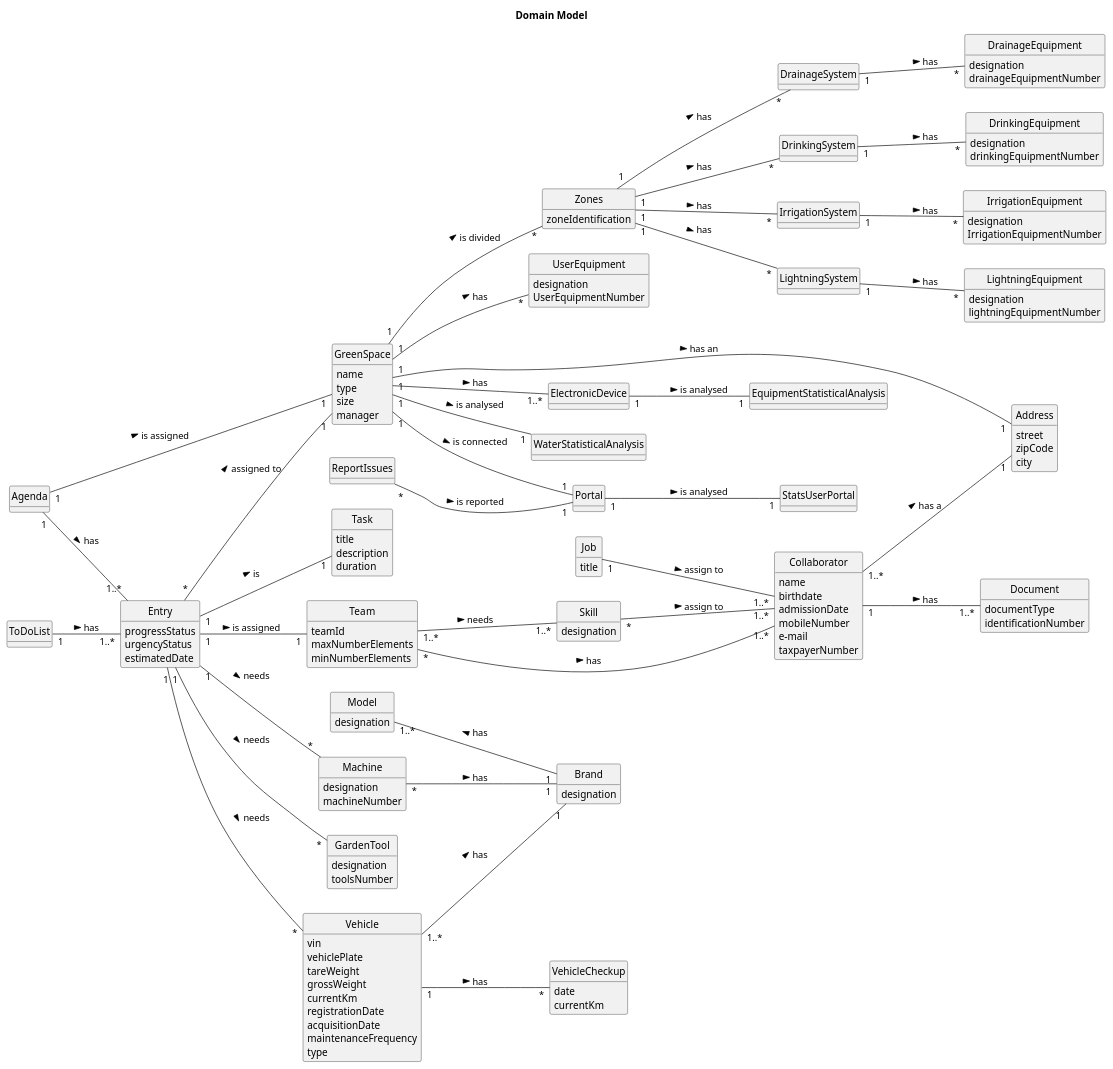
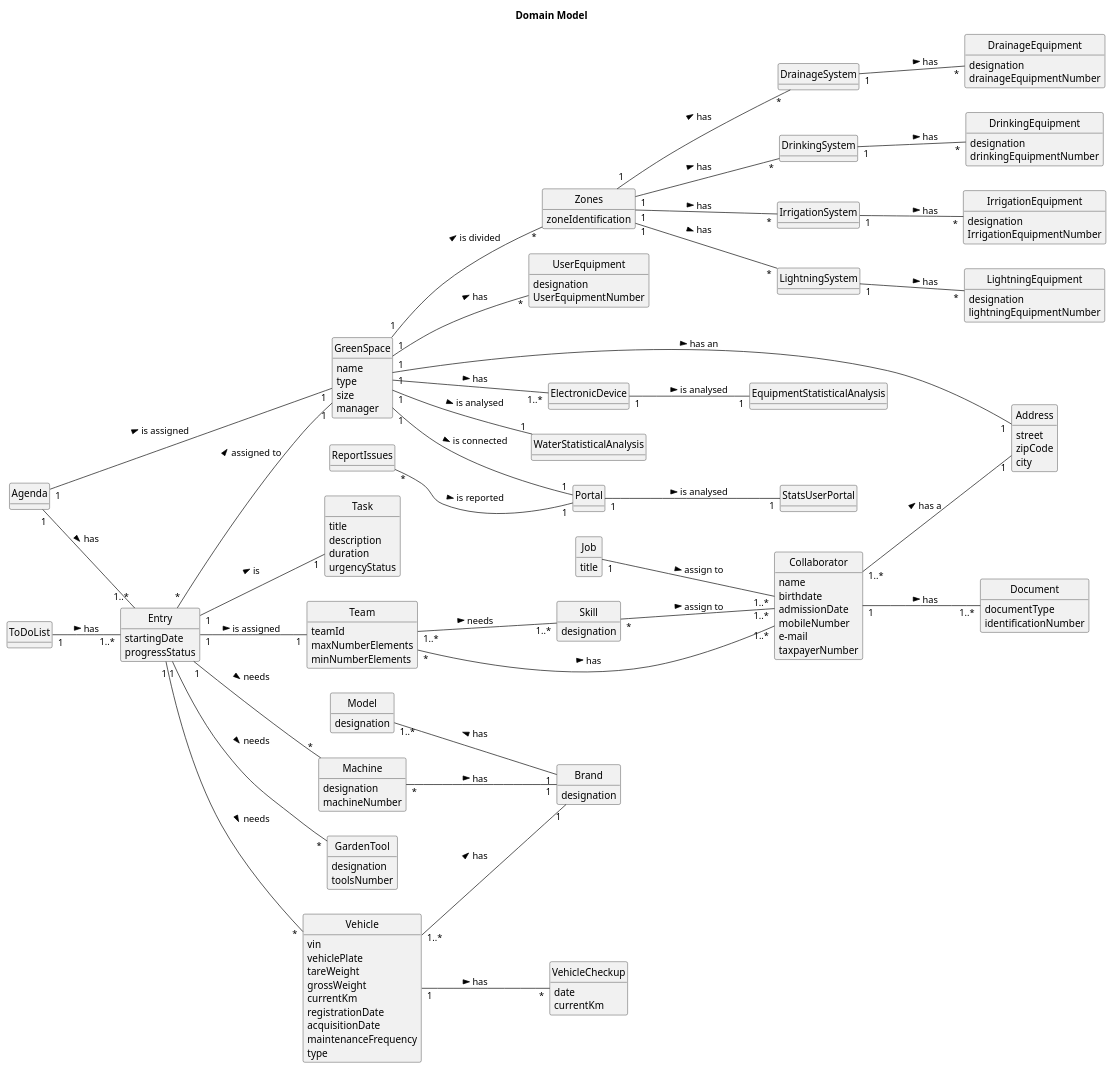
The diagram in docs/sprintC/global-artifacts/02.analysis/puml/project-domain-model.puml (ricardomm7/leaflink), drawn with PlantUML before and after one commit. The commit also changed 14 other files, not shown here.

```diff
--- a/docs/sprintC/global-artifacts/02.analysis/puml/project-domain-model.puml
+++ b/docs/sprintC/global-artifacts/02.analysis/puml/project-domain-model.puml
@@ -18,9 +18,8 @@
 }
 
 class Entry {
+    startingDate
     progressStatus
-    urgencyStatus
-    estimatedDate
 }
 
 class Collaborator {
@@ -100,6 +99,7 @@
     title
     description
     duration
+    urgencyStatus
 
 }
 
```
